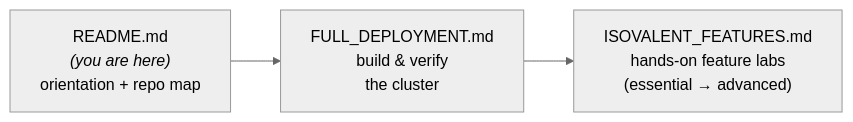
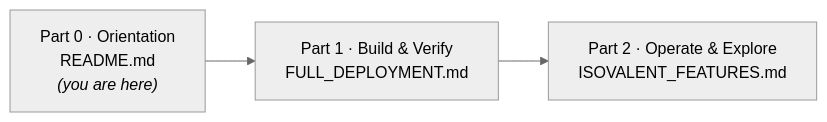
One commit to thiachan/CiliumEnterprise-EKS changed the second of 2 diagrams in README.md. Above: the diagram before and after it, drawn with Mermaid (neutral theme). The commit also changed other lines of this file and 2 other files, not shown here.

````diff
--- a/README.md
+++ b/README.md
@@ -80,5 +104,5 @@
 ```mermaid
 flowchart LR
-    R["README.md<br/><i>(you are here)</i><br/>orientation + repo map"] --> F["FULL_DEPLOYMENT.md<br/>build & verify<br/>the cluster"]
-    F --> I["ISOVALENT_FEATURES.md<br/>hands-on feature labs<br/>(essential → advanced)"]
+    R["Part 0 · Orientation<br/>README.md<br/><i>(you are here)</i>"] --> F["Part 1 · Build & Verify<br/>FULL_DEPLOYMENT.md"]
+    F --> I["Part 2 · Operate & Explore<br/>ISOVALENT_FEATURES.md"]
 ```
````
